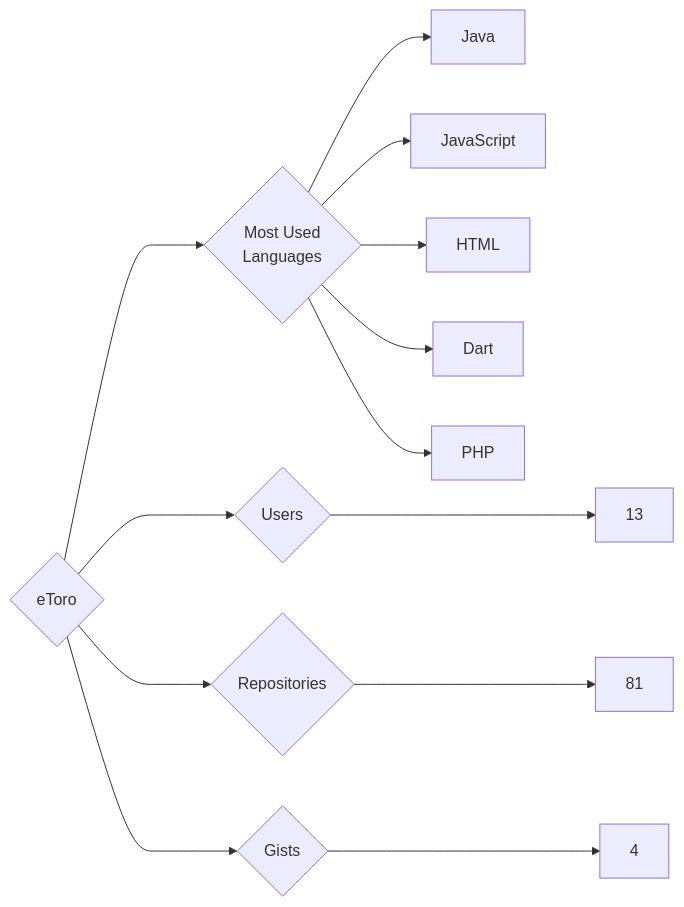
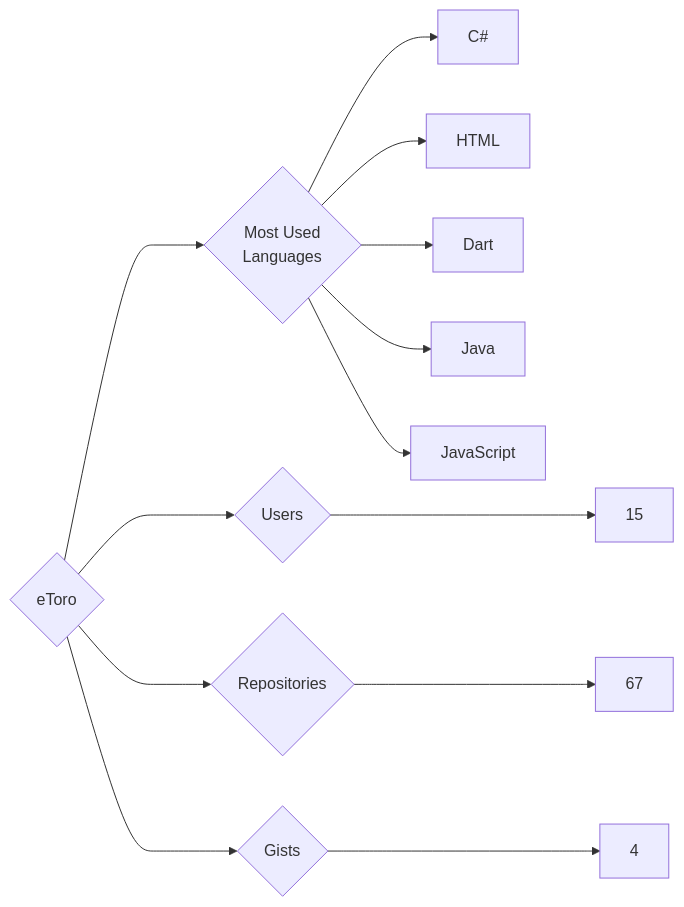
Before and after one commit to trickest/insiders: the diagram in targets/eToro/README.md, drawn with Mermaid. The commit also changed 965 other files, not shown here.

````diff
--- a/targets/eToro/README.md
+++ b/targets/eToro/README.md
@@ -3,13 +3,13 @@
 ```mermaid
 graph LR
 COMPANY_NAME{eToro}
-COMPANY_NAME ---> U{Users} ---> UN[13]
-COMPANY_NAME ---> R{Repositories} ---> RN[81]
+COMPANY_NAME ---> U{Users} ---> UN[15]
+COMPANY_NAME ---> R{Repositories} ---> RN[67]
 COMPANY_NAME ---> G{Gists} ---> GN[4]
 COMPANY_NAME ---> ML{Most Used<br>Languages}
+ML --> C#[C#]
+ML --> HTML[HTML]
+ML --> Dart[Dart]
 ML --> Java[Java]
 ML --> JavaScript[JavaScript]
-ML --> HTML[HTML]
-ML --> Dart[Dart]
-ML --> PHP[PHP]
 ```
````
